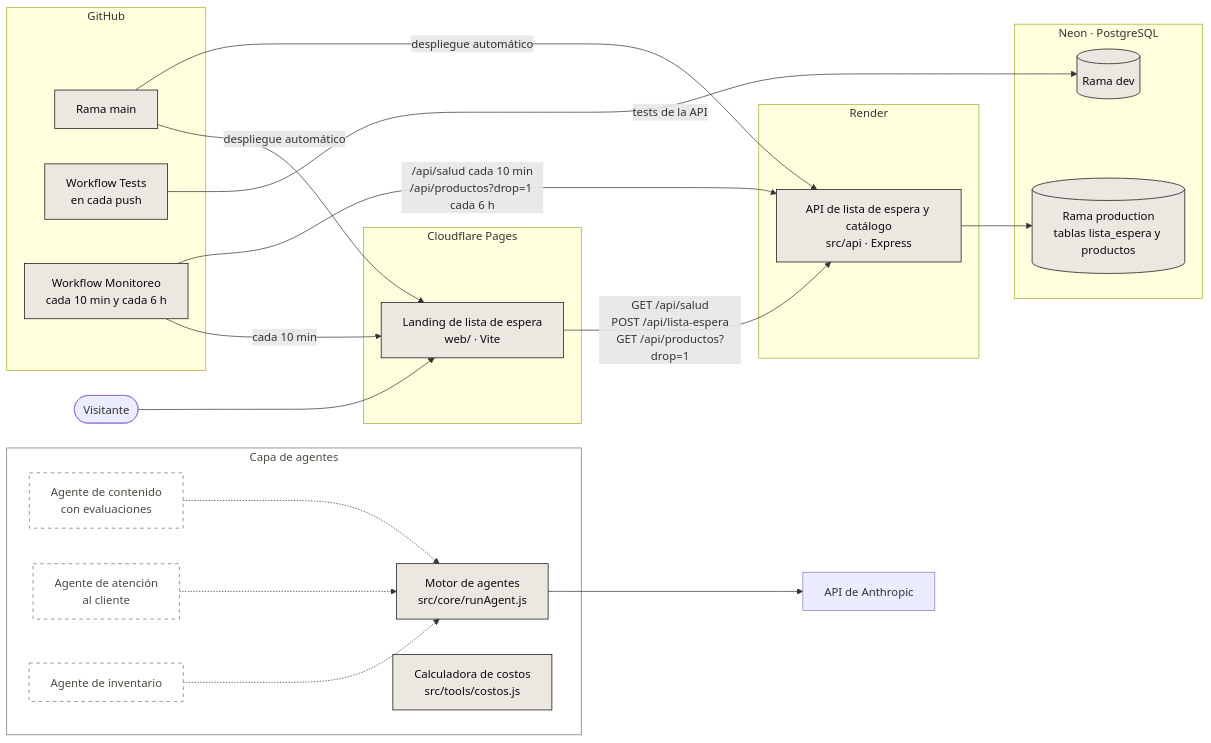
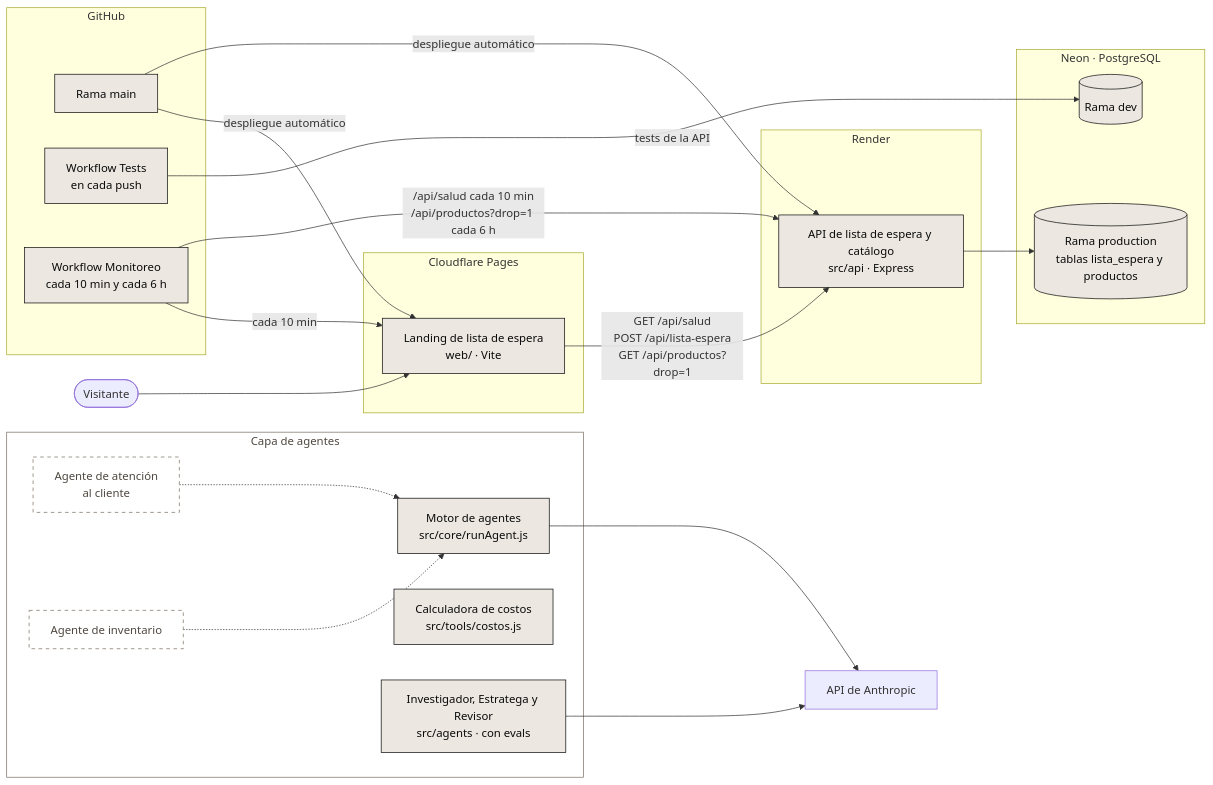
One commit to FacundoGuiraldes/vow changed the first of 2 diagrams in README.md. Above: the diagram before and after it, drawn with Mermaid. The commit also changed other lines of this file, not shown here.

````diff
--- a/README.md
+++ b/README.md
@@ -30,52 +49,52 @@
 ```mermaid
 flowchart LR
     visitante(["Visitante"])
 
     subgraph sg_github["GitHub"]
         repo["Rama main"]
         ci["Workflow Tests<br/>en cada push"]
         monitoreo["Workflow Monitoreo<br/>cada 10 min y cada 6 h"]
     end
 
     subgraph sg_cloudflare["Cloudflare Pages"]
         landing["Landing de lista de espera<br/>web/ · Vite"]
     end
 
     subgraph sg_render["Render"]
         api["API de lista de espera y catálogo<br/>src/api · Express"]
     end
 
     subgraph sg_neon["Neon · PostgreSQL"]
         db[("Rama production<br/>tablas lista_espera y productos")]
         dbdev[("Rama dev")]
     end
 
     subgraph agentes["Capa de agentes"]
         motor["Motor de agentes<br/>src/core/runAgent.js"]
         costos["Calculadora de costos<br/>src/tools/costos.js"]
-        contenido["Agente de contenido<br/>con evaluaciones"]
+        contenido["Investigador, Estratega y Revisor<br/>src/agents · con evals"]
         soporte["Agente de atención<br/>al cliente"]
         inventario["Agente de inventario"]
     end
 
     anthropic["API de Anthropic"]
 
     visitante --> landing
     landing -->|"GET /api/salud<br/>POST /api/lista-espera<br/>GET /api/productos?drop=1"| api
     api --> db
     repo -->|"despliegue automático"| landing
     repo -->|"despliegue automático"| api
     ci -->|"tests de la API"| dbdev
     monitoreo -->|"cada 10 min"| landing
     monitoreo -->|"/api/salud cada 10 min<br/>/api/productos?drop=1 cada 6 h"| api
     motor --> anthropic
-    contenido -.-> motor
+    contenido --> anthropic
     soporte -.-> motor
     inventario -.-> motor
 
     classDef existe fill:#ECE8E1,stroke:#0A0A0A,color:#0A0A0A
     classDef planificado fill:#ffffff,stroke:#7A7064,stroke-dasharray:5 5,color:#4F4840
-    class repo,ci,monitoreo,landing,api,db,dbdev,motor,costos existe
-    class contenido,soporte,inventario planificado
+    class repo,ci,monitoreo,landing,api,db,dbdev,motor,costos,contenido existe
+    class soporte,inventario planificado
     style agentes fill:#ffffff,stroke:#7A7064,color:#4F4840
 ```
````
